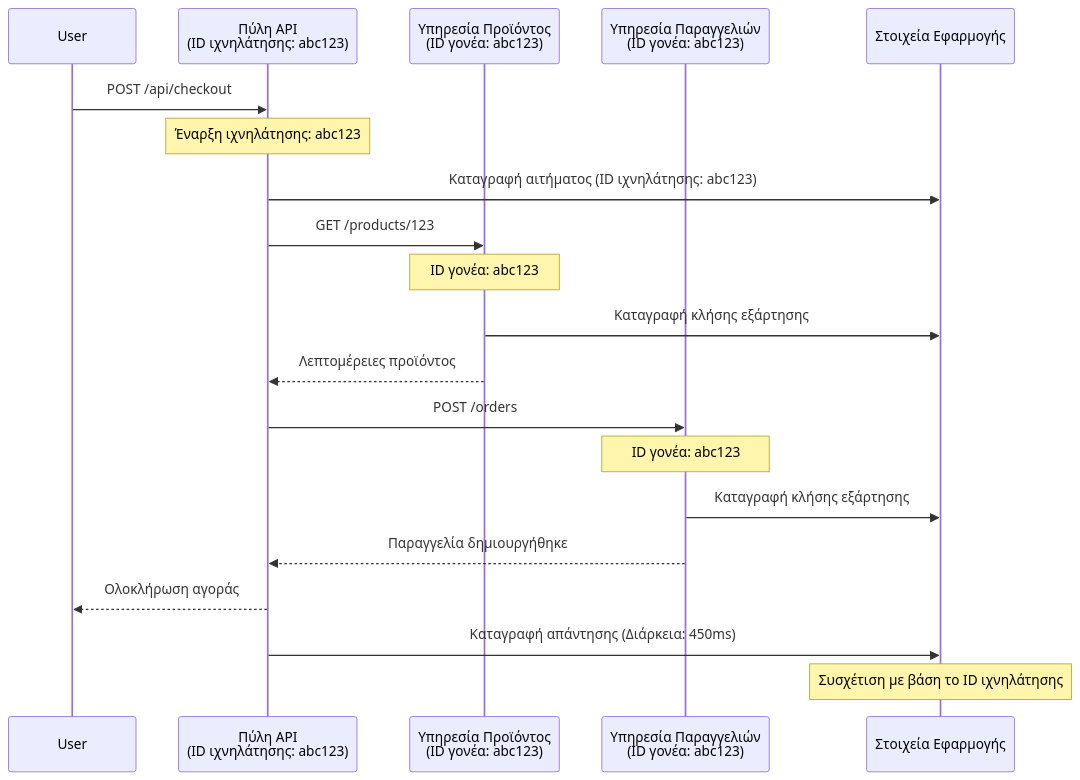
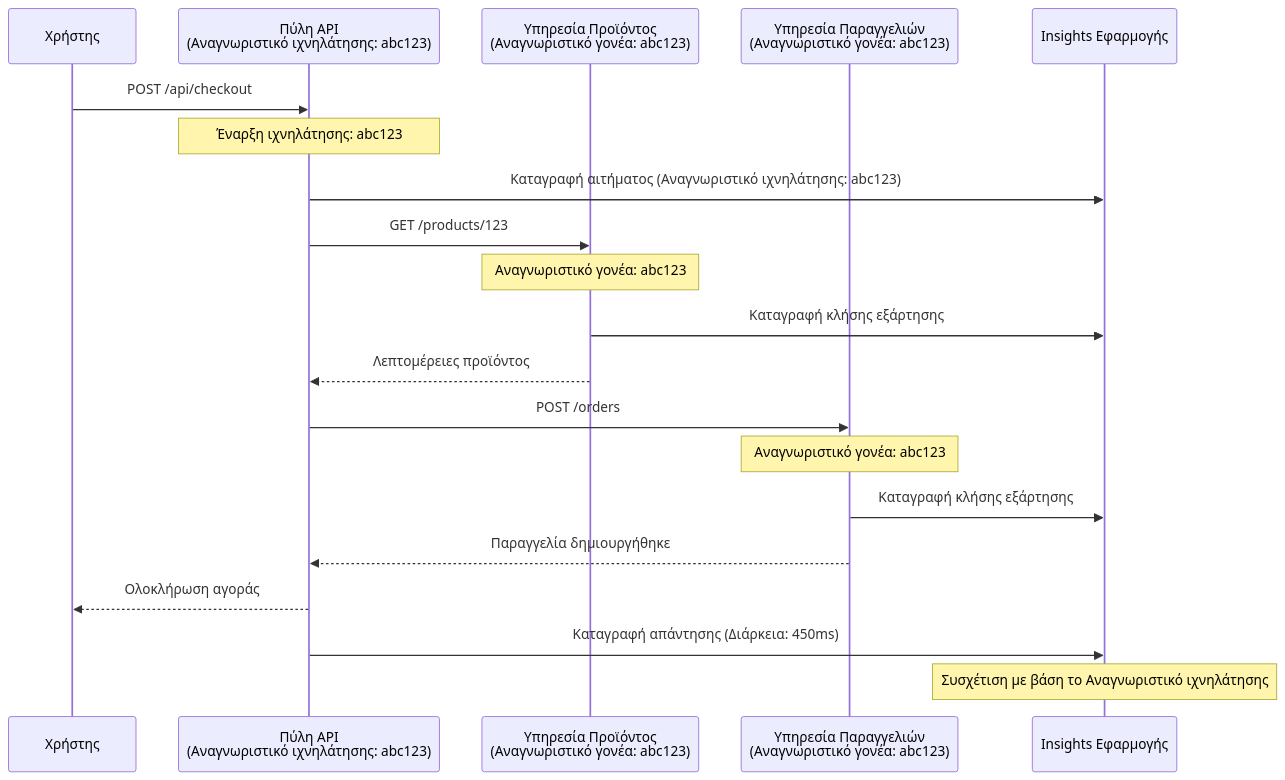
The second of 2 diagrams in translations/el/docs/chapter-06-pre-deployment/application-insights.md (microsoft/AZD-for-beginners), drawn with Mermaid before and after one commit. The commit also changed other lines of this file and 101 other files, not shown here.

````diff
--- a/translations/el/docs/chapter-06-pre-deployment/application-insights.md
+++ b/translations/el/docs/chapter-06-pre-deployment/application-insights.md
@@ -744,27 +744,27 @@
 ```mermaid
 sequenceDiagram
-    participant User
-    participant Gateway as Πύλη API<br/>(ID ιχνηλάτησης: abc123)
-    participant Product as Υπηρεσία Προϊόντος<br/>(ID γονέα: abc123)
-    participant Order as Υπηρεσία Παραγγελιών<br/>(ID γονέα: abc123)
-    participant AppInsights as Στοιχεία Εφαρμογής
+    participant User as Χρήστης
+    participant Gateway as Πύλη API<br/>(Αναγνωριστικό ιχνηλάτησης: abc123)
+    participant Product as Υπηρεσία Προϊόντος<br/>(Αναγνωριστικό γονέα: abc123)
+    participant Order as Υπηρεσία Παραγγελιών<br/>(Αναγνωριστικό γονέα: abc123)
+    participant AppInsights as Insights Εφαρμογής
     
     User->>Gateway: POST /api/checkout
     Note over Gateway: Έναρξη ιχνηλάτησης: abc123
-    Gateway->>AppInsights: Καταγραφή αιτήματος (ID ιχνηλάτησης: abc123)
+    Gateway->>AppInsights: Καταγραφή αιτήματος (Αναγνωριστικό ιχνηλάτησης: abc123)
     
     Gateway->>Product: GET /products/123
-    Note over Product: ID γονέα: abc123
+    Note over Product: Αναγνωριστικό γονέα: abc123
     Product->>AppInsights: Καταγραφή κλήσης εξάρτησης
     Product-->>Gateway: Λεπτομέρειες προϊόντος
     
     Gateway->>Order: POST /orders
-    Note over Order: ID γονέα: abc123
+    Note over Order: Αναγνωριστικό γονέα: abc123
     Order->>AppInsights: Καταγραφή κλήσης εξάρτησης
     Order-->>Gateway: Παραγγελία δημιουργήθηκε
     
     Gateway-->>User: Ολοκλήρωση αγοράς
     Gateway->>AppInsights: Καταγραφή απάντησης (Διάρκεια: 450ms)
     
-    Note over AppInsights: Συσχέτιση με βάση το ID ιχνηλάτησης
+    Note over AppInsights: Συσχέτιση με βάση το Αναγνωριστικό ιχνηλάτησης
 ```
````
